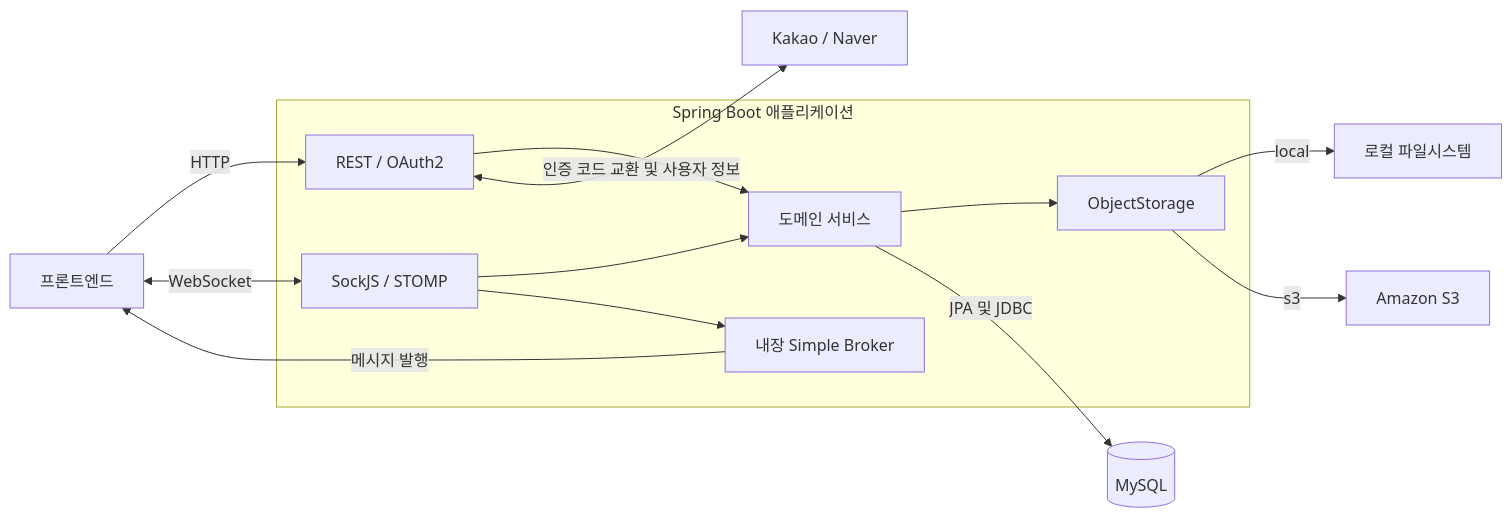
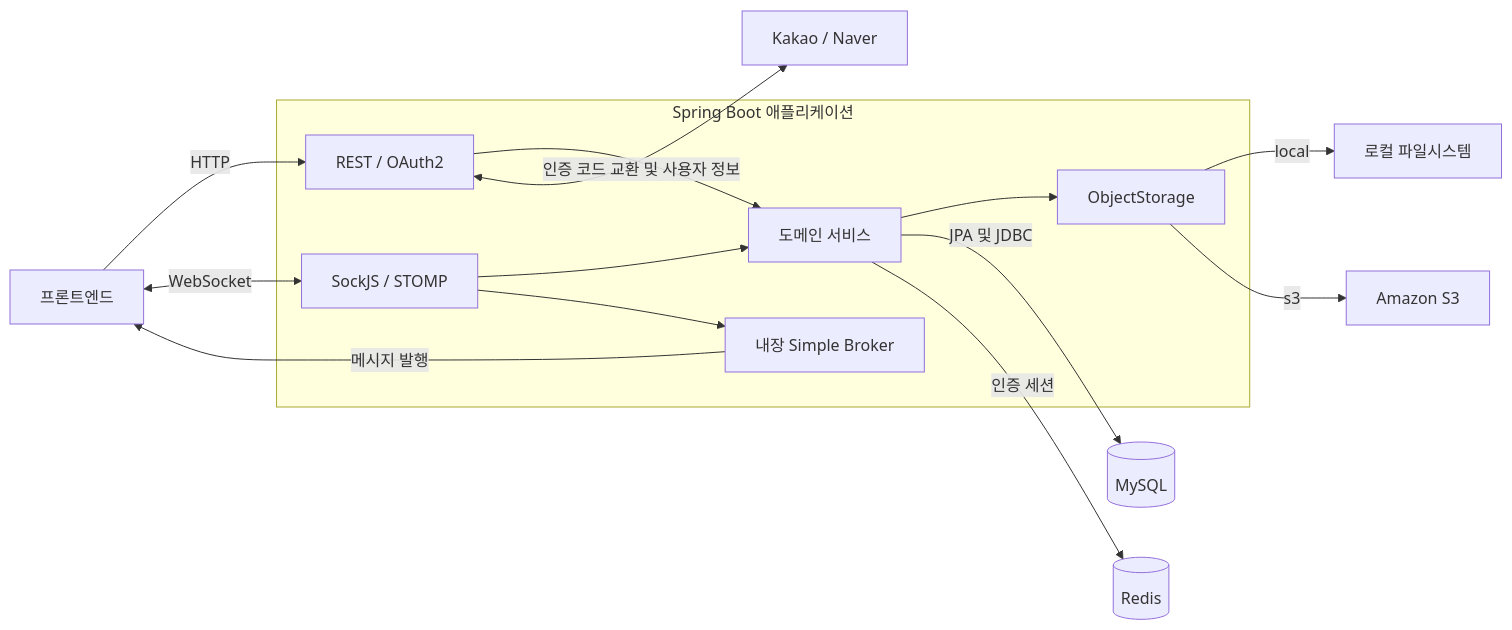
The first of 2 diagrams in docs/architecture.md (RGB234/marigold_server), drawn with Mermaid before and after one commit. The commit also changed other lines of this file and 77 other files, not shown here.

````diff
--- a/docs/architecture.md
+++ b/docs/architecture.md
@@ -11,22 +11,23 @@
 ```mermaid
 flowchart LR
     Client["프론트엔드"]
     subgraph Backend["Spring Boot 애플리케이션"]
         HTTP["REST / OAuth2"]
         WS["SockJS / STOMP"]
         Services["도메인 서비스"]
         Broker["내장 Simple Broker"]
         Storage["ObjectStorage"]
         HTTP --> Services
         WS --> Services
         WS --> Broker
         Services --> Storage
     end
     Client -->|HTTP| HTTP
     Client <-->|WebSocket| WS
     Broker -->|메시지 발행| Client
     HTTP <-->|인증 코드 교환 및 사용자 정보| OAuth["Kakao / Naver"]
     Services -->|JPA 및 JDBC| DB[("MySQL")]
+    Services -->|인증 세션| Redis[("Redis")]
     Storage -->|local| Local["로컬 파일시스템"]
     Storage -->|s3| S3["Amazon S3"]
 ```
````
